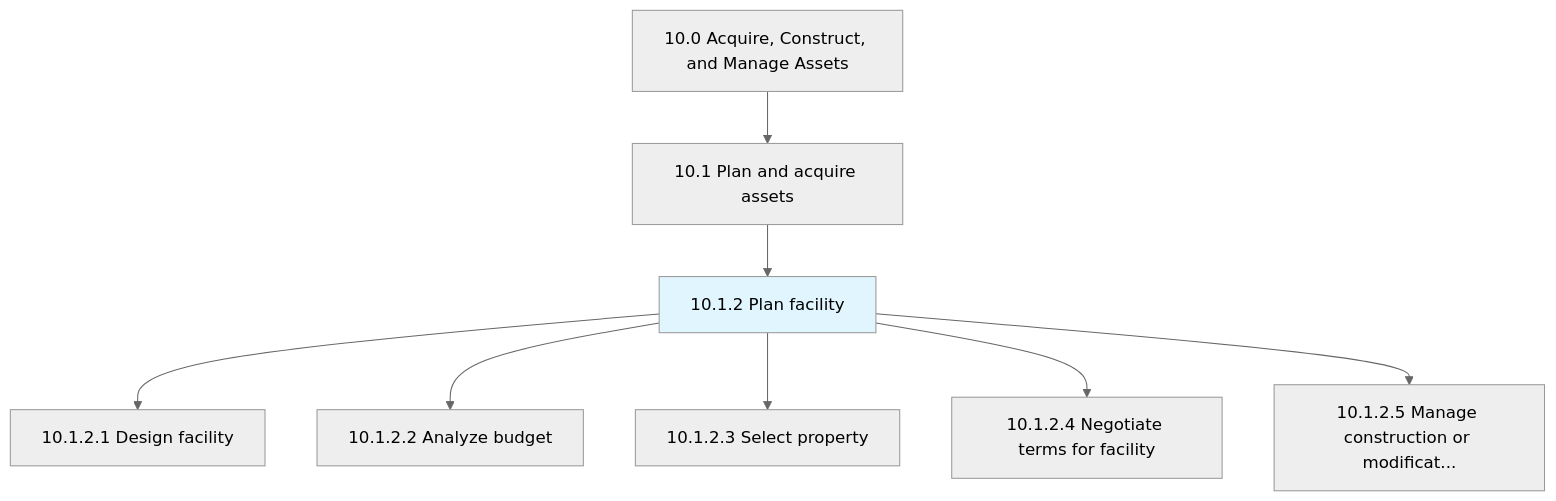
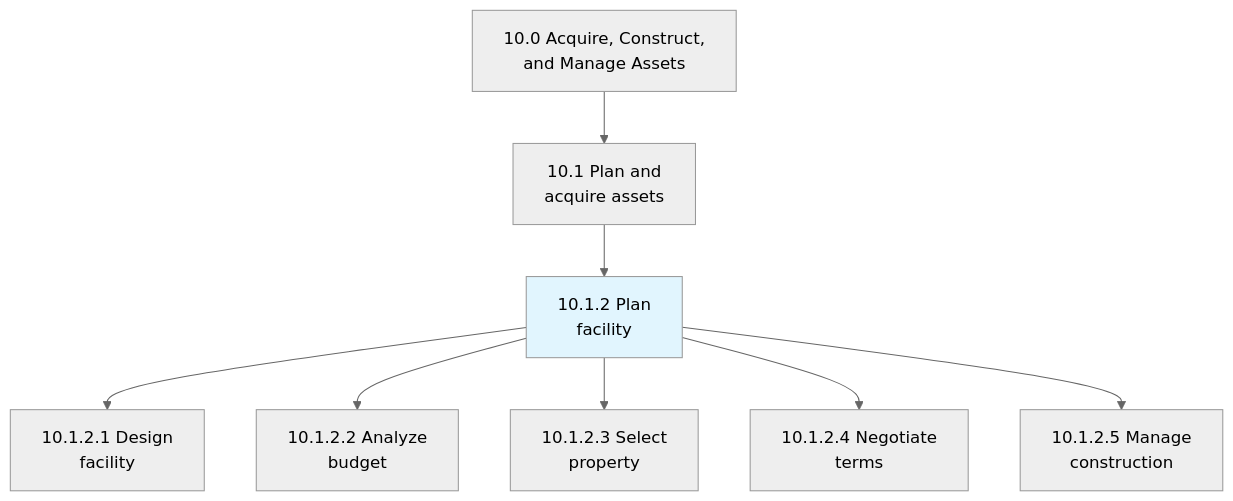
One commit to kziemski/business.org.ai changed the first of 3 diagrams in processes/10-Assets/10.1-PlanAcquireAssets/10.1.2-PlanFacility/index.mdx. Above: the diagram before and after it, drawn with Mermaid (neutral theme). The commit also changed other lines of this file and 885 other files, not shown here.

````diff
--- a/processes/10-Assets/10.1-PlanAcquireAssets/10.1.2-PlanFacility/index.mdx
+++ b/processes/10-Assets/10.1-PlanAcquireAssets/10.1.2-PlanFacility/index.mdx
@@ -25,12 +25,13 @@
 ```mermaid
 graph TD
-    C10["10.0 Acquire, Construct, and Manage Assets"]
-    C10 --> N10_1["10.1 Plan and acquire assets"]
-    N10_1 --> N10_1_2["10.1.2 Plan facility"]
-    style N10_1_2 fill:#e1f5fe
-    N10_1_2 --> N10_1_2_1["10.1.2.1 Design facility"]
-    N10_1_2 --> N10_1_2_2["10.1.2.2 Analyze budget"]
-    N10_1_2 --> N10_1_2_3["10.1.2.3 Select property"]
-    N10_1_2 --> N10_1_2_4["10.1.2.4 Negotiate terms for facility"]
-    N10_1_2 --> N10_1_2_5["10.1.2.5 Manage construction or modificat..."]
+    C10["10.0 Acquire, Construct,<br/>and Manage Assets"] --> G101["10.1 Plan and<br/>acquire assets"]
+    G101 --> P1012["10.1.2 Plan<br/>facility"]
+
+    P1012 --> A10121["10.1.2.1 Design<br/>facility"]
+    P1012 --> A10122["10.1.2.2 Analyze<br/>budget"]
+    P1012 --> A10123["10.1.2.3 Select<br/>property"]
+    P1012 --> A10124["10.1.2.4 Negotiate<br/>terms"]
+    P1012 --> A10125["10.1.2.5 Manage<br/>construction"]
+
+    style P1012 fill:#e1f5fe
 ```
````
